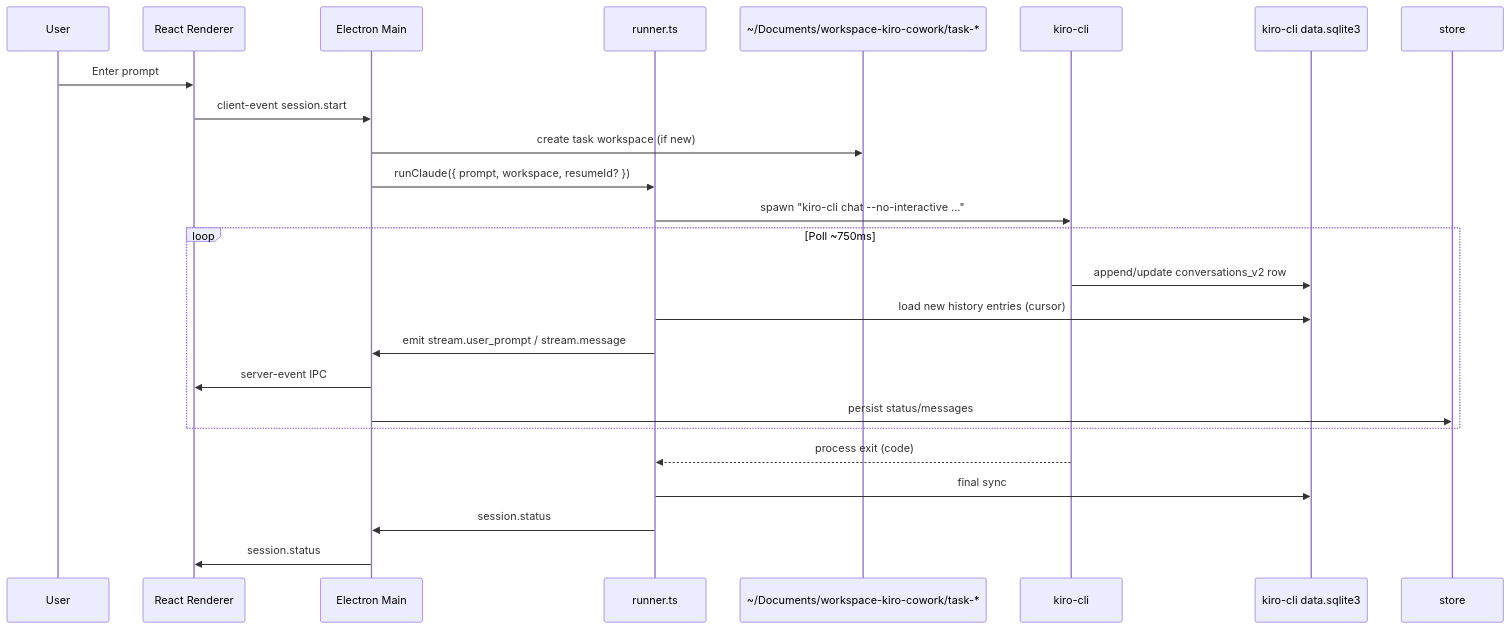
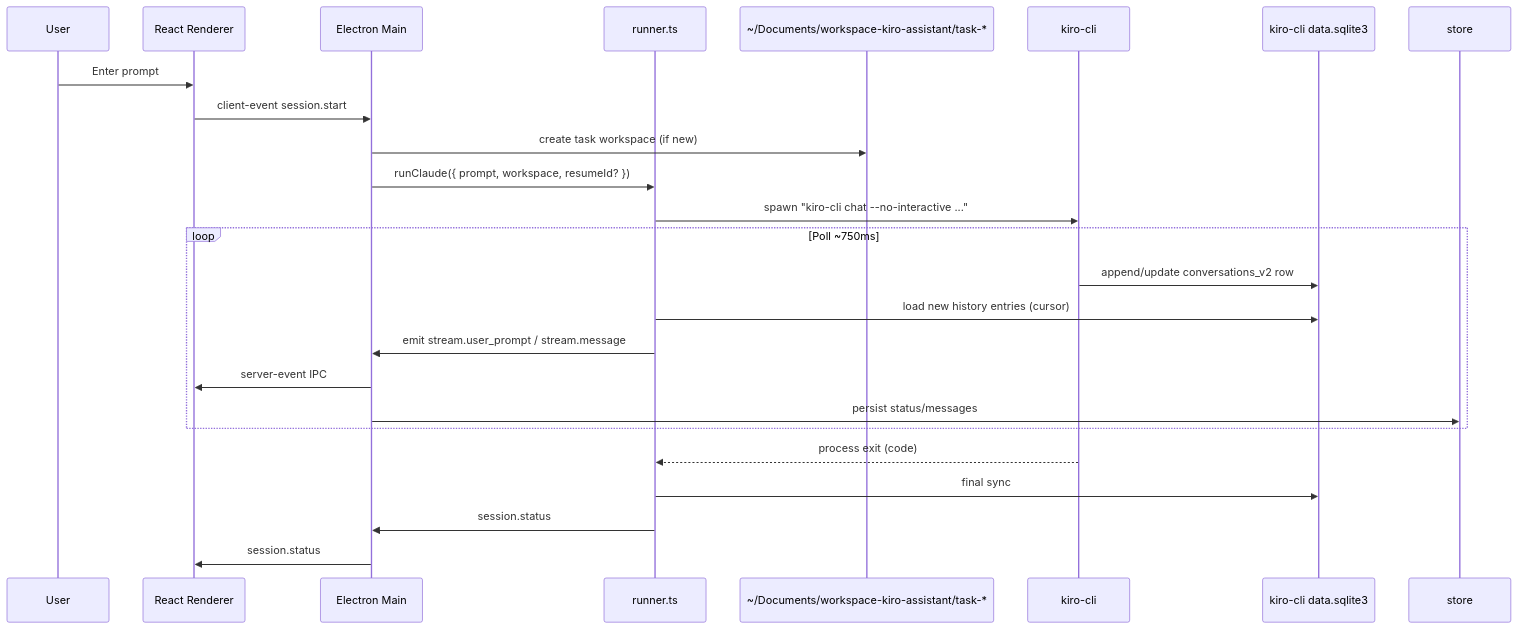
The third of 5 diagrams in docs/ARCHITECTURE.md (xrusjohn/sample-kiro-assistant), drawn with Mermaid before and after one commit. The commit also changed other lines of this file and 10 other files, not shown here.

Commit message:
name change to Kiro-Assistant

````diff
--- a/docs/ARCHITECTURE.md
+++ b/docs/ARCHITECTURE.md
@@ -82,27 +82,27 @@
 ```mermaid
 sequenceDiagram
     participant User
     participant Renderer as React Renderer
     participant Main as Electron Main
     participant Runner as runner.ts
-    participant Workspace as ~/Documents/workspace-kiro-cowork/task-*
+    participant Workspace as ~/Documents/workspace-kiro-assistant/task-*
     participant CLI as kiro-cli
     participant DB as kiro-cli data.sqlite3
 
     User->>Renderer: Enter prompt
     Renderer->>Main: client-event session.start
     Main->>Workspace: create task workspace (if new)
     Main->>Runner: runClaude({ prompt, workspace, resumeId? })
     Runner->>CLI: spawn "kiro-cli chat --no-interactive ..."
     loop Poll ~750ms
         CLI->>DB: append/update conversations_v2 row
         Runner->>DB: load new history entries (cursor)
         Runner->>Main: emit stream.user_prompt / stream.message
         Main->>Renderer: server-event IPC
         Main->>store: persist status/messages
     end
     CLI-->>Runner: process exit (code)
     Runner->>DB: final sync
     Runner->>Main: session.status
     Main->>Renderer: session.status
 ```
````
